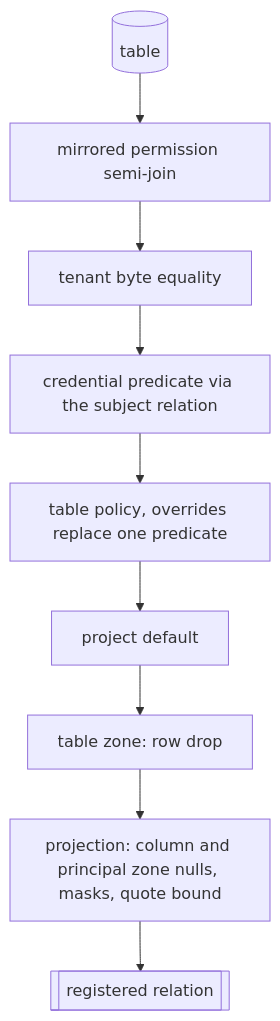
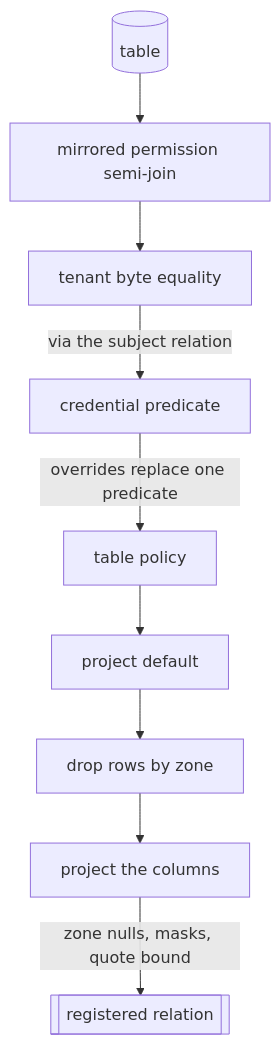
Before and after one commit to fractalboxdev/contextful: the fourth of 4 diagrams in spec/51-enforcement.md, drawn with Mermaid. The commit also changed other lines of this file and 24 other files, not shown here.

First line of the commit message:
spec: every flowchart draws one entity or process per node

````diff
--- a/spec/51-enforcement.md
+++ b/spec/51-enforcement.md
@@ -361,11 +358,11 @@
 ```mermaid
 flowchart TD
   T[(table)] --> M[mirrored permission semi-join]
   M --> TEN[tenant byte equality]
-  TEN --> RP[credential predicate via the subject relation]
-  RP --> TP[table policy, overrides replace one predicate]
+  TEN -- "via the subject relation" --> RP[credential predicate]
+  RP -- "overrides replace one predicate" --> TP[table policy]
   TP --> DEF[project default]
-  DEF --> ZONE[table zone: row drop]
-  ZONE --> PROJ[projection: column and principal zone nulls, masks, quote bound]
-  PROJ --> V[[registered relation]]
+  DEF --> ZONE[drop rows by zone]
+  ZONE --> PROJ[project the columns]
+  PROJ -- "zone nulls, masks, quote bound" --> V[[registered relation]]
 ```
````
